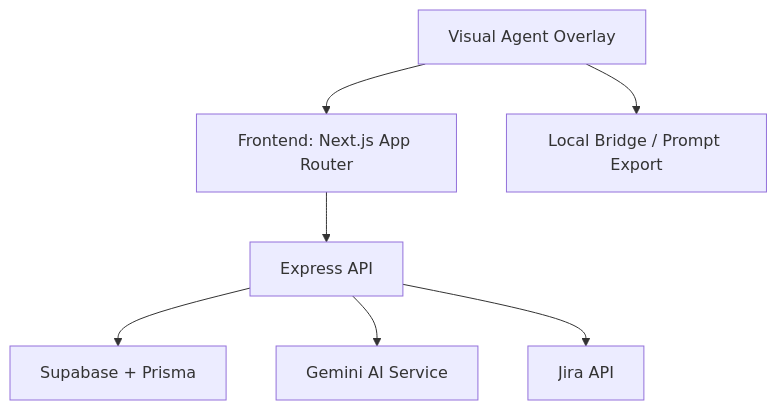
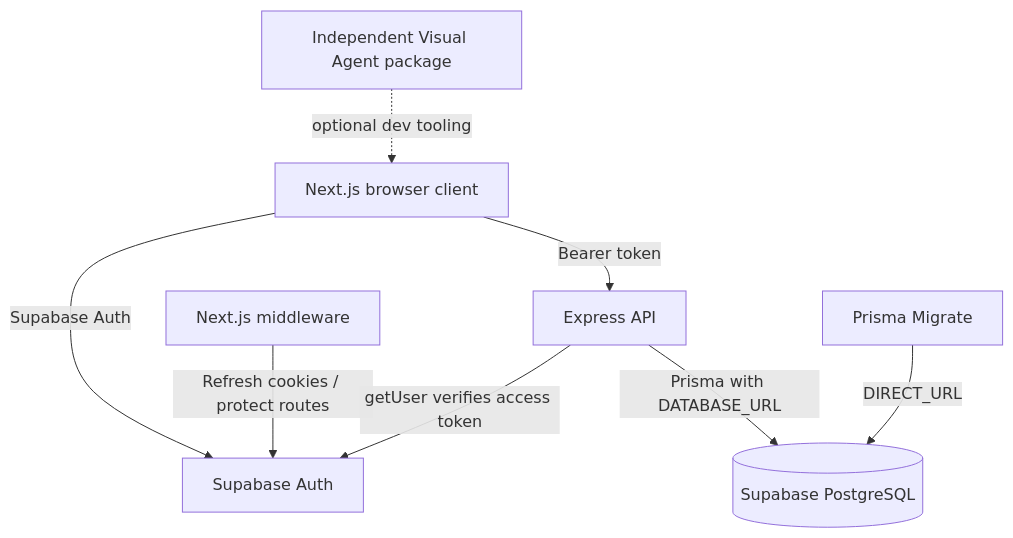
Before and after one commit to rajbharshivani66-create/Accesslens-AI: the first of 6 diagrams in docs/mindmap.md, drawn with Mermaid. The commit also changed other lines of this file and 61 other files, not shown here.

````diff
--- a/docs/mindmap.md
+++ b/docs/mindmap.md
@@ -7,9 +41,10 @@
 ```mermaid
 flowchart TD
-  A[Frontend: Next.js App Router] --> B[Express API]
-  B --> C[Supabase + Prisma]
-  B --> D[Gemini AI Service]
-  B --> E[Jira API]
-  F[Visual Agent Overlay] --> A
-  F --> G[Local Bridge / Prompt Export]
+  Browser[Next.js browser client] -->|Supabase Auth| Auth[Supabase Auth]
+  Browser -->|Bearer token| API[Express API]
+  WebMiddleware[Next.js middleware] -->|Refresh cookies / protect routes| Auth
+  API -->|getUser verifies access token| Auth
+  API -->|Prisma with DATABASE_URL| DB[(Supabase PostgreSQL)]
+  Migration[Prisma Migrate] -->|DIRECT_URL| DB
+  Overlay[Independent Visual Agent package] -. optional dev tooling .-> Browser
 ```
````
